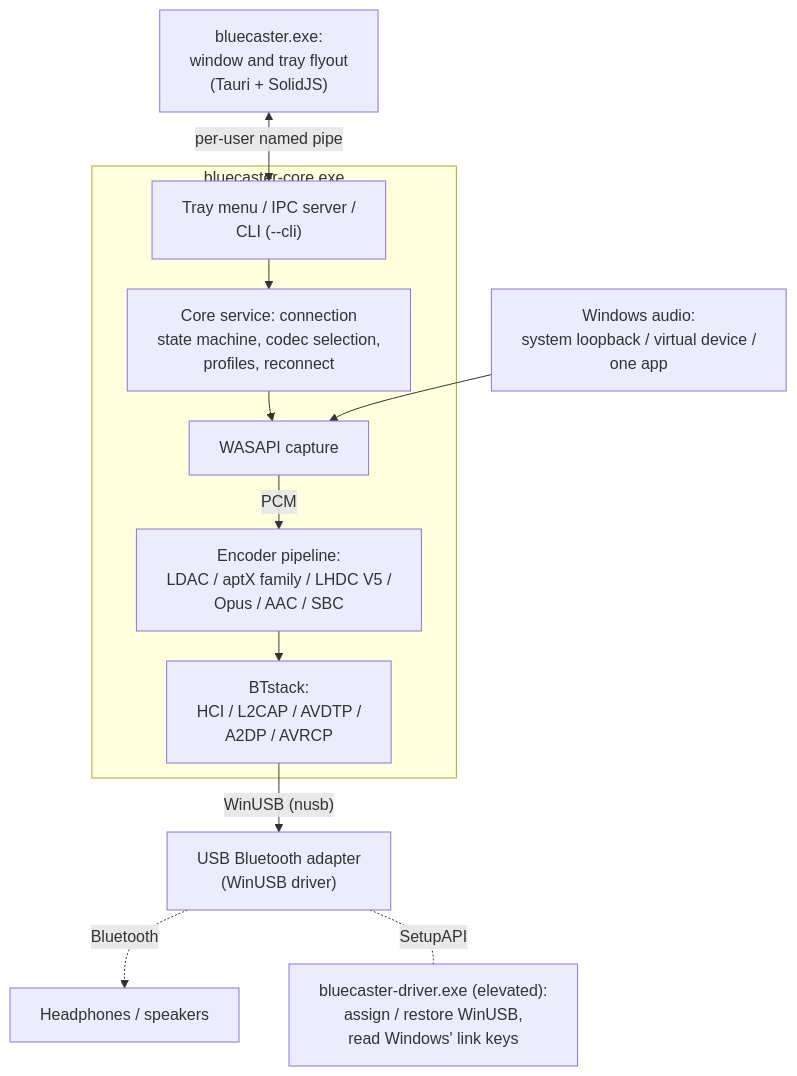
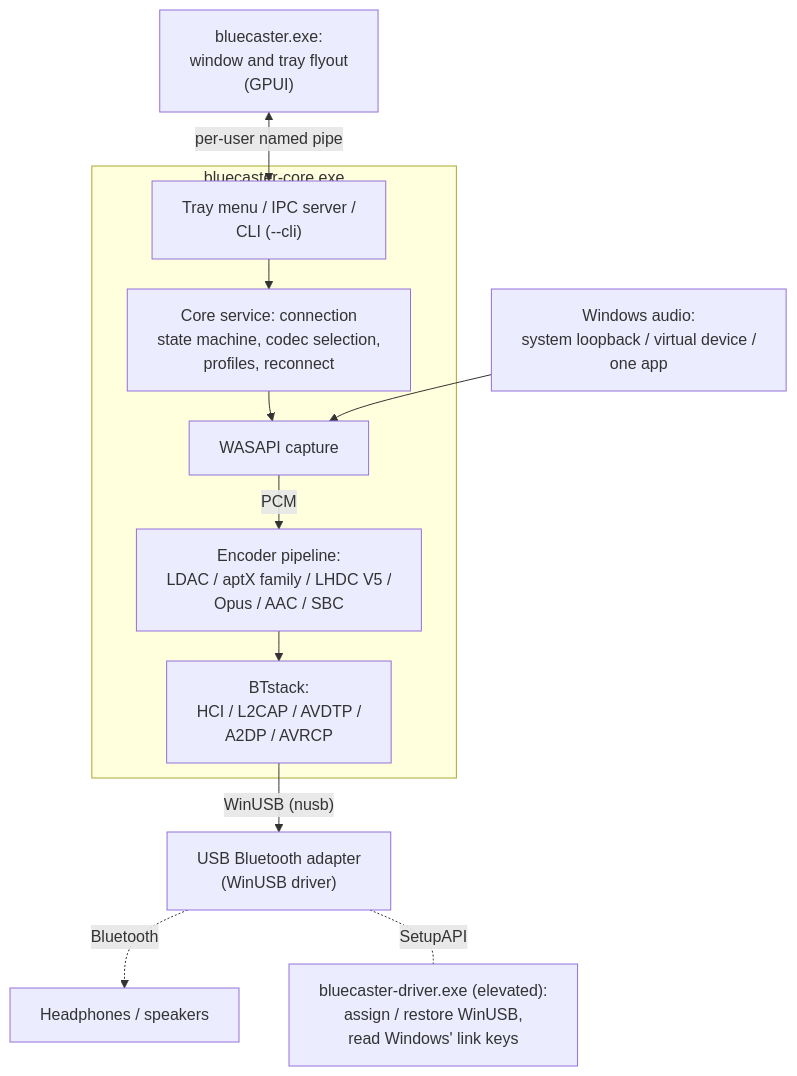
The first of 5 diagrams in docs/architecture.md (RxMaxx/A2DP-Windows-Bridge), drawn with Mermaid before and after one commit. The commit also changed other lines of this file and 517 other files, not shown here.

First line of the commit message:
Replace the Tauri window with the GPUI one

````diff
--- a/docs/architecture.md
+++ b/docs/architecture.md
@@ -42,22 +42,22 @@
 ```mermaid
 ---
 config:
   flowchart:
     wrappingWidth: 480
     rankSpacing: 30
 ---
 flowchart TB
-    ui["bluecaster.exe:<br>window and tray flyout<br>(Tauri + SolidJS)"]
+    ui["bluecaster.exe:<br>window and tray flyout<br>(GPUI)"]
     src["Windows audio:<br>system loopback / virtual device /<br>one app"]
     subgraph core["bluecaster-core.exe"]
         ctl["Tray menu / IPC server /<br>CLI (--cli)"] --> svc["Core service: connection<br>state machine, codec selection,<br>profiles, reconnect"]
         svc --> cap["WASAPI capture"]
         cap -- PCM --> enc["Encoder pipeline:<br>LDAC / aptX family / LHDC V5 /<br>Opus / AAC / SBC"]
         enc --> bt["BTstack:<br>HCI / L2CAP / AVDTP /<br>A2DP / AVRCP"]
     end
     ui <-->|"per-user named pipe"| ctl
     src --> cap
     bt -->|"WinUSB (nusb)"| usb["USB Bluetooth adapter<br>(WinUSB driver)"]
     usb -. Bluetooth .-> hp["Headphones / speakers"]
     usb -.-|SetupAPI| drv["bluecaster-driver.exe (elevated):<br>assign / restore WinUSB,<br>read Windows' link keys"]
 ```
````
